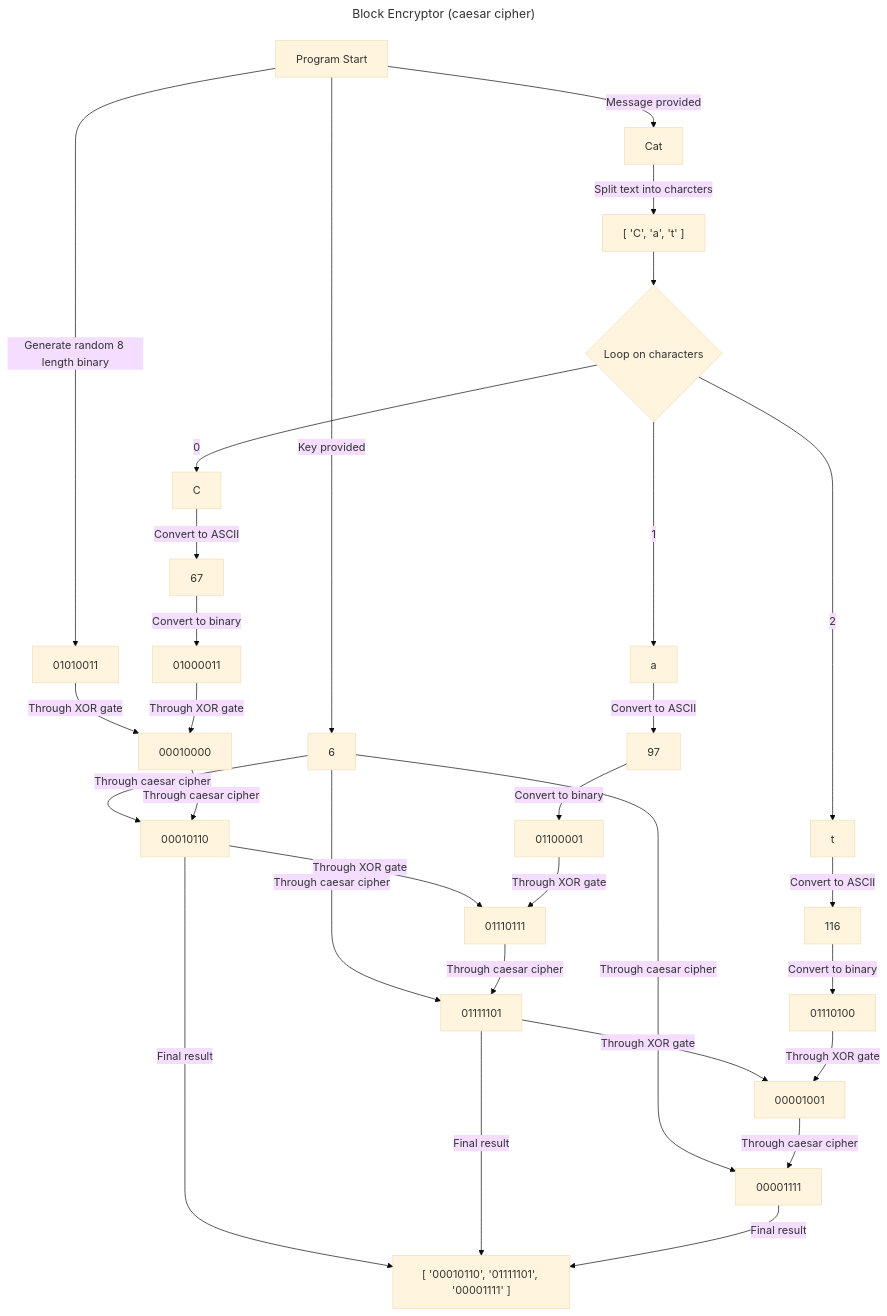
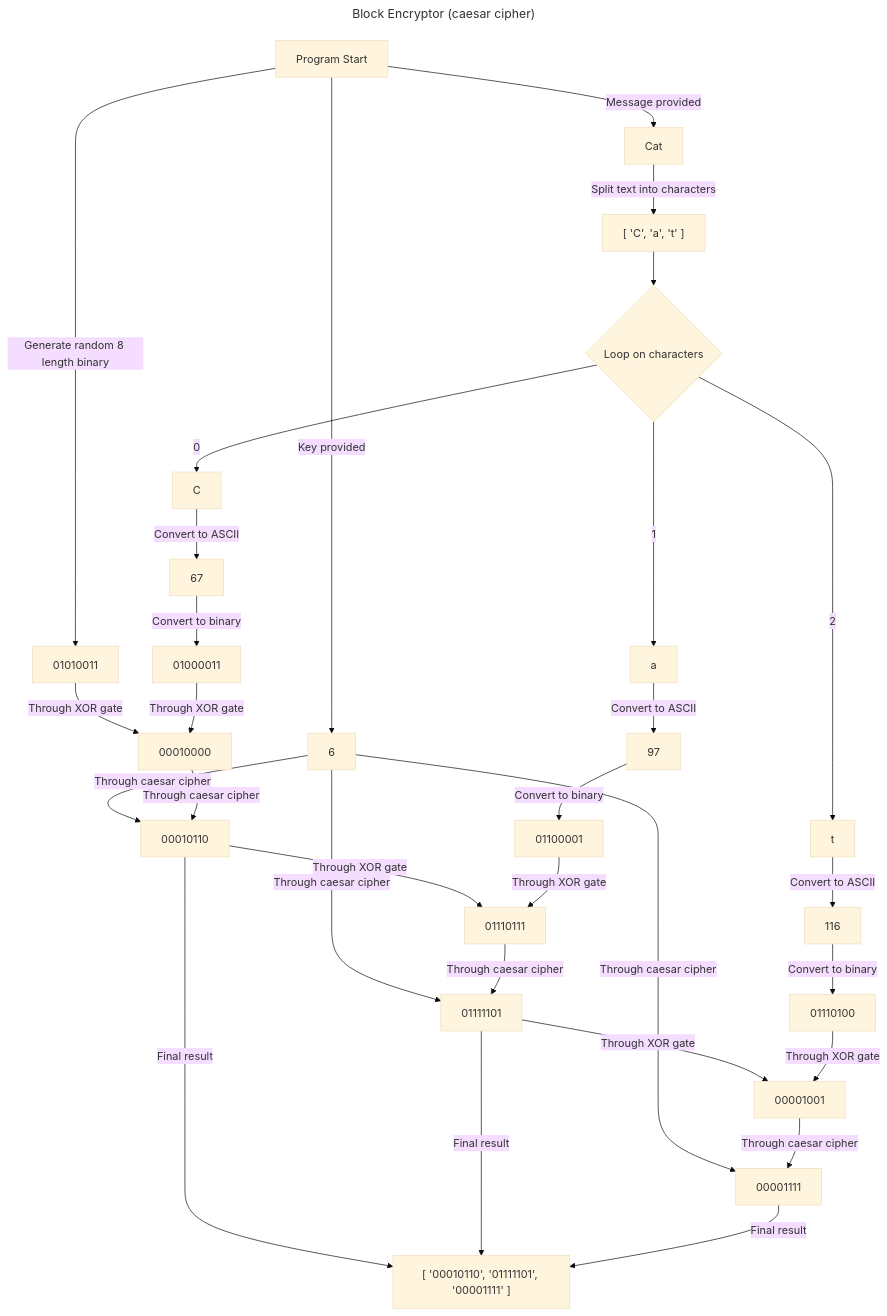
One commit to emmauscc/block-encryption-le-jolly-fellows changed the diagram in README.md. Above: the diagram before and after it, drawn with Mermaid (base theme).

Commit message:
Update spelling of characters to be correct

````diff
--- a/README.md
+++ b/README.md
@@ -18,40 +18,40 @@
 ```mermaid
 ---
 title: Block Encryptor (caesar cipher)
 ---
 flowchart TD;
     A[Program Start];
     A --> |Generate random 8 length binary| B;
     A --> |Message provided| C;
     A --> |Key provided| D;
 
     B[01010011] -->|Through XOR gate| P;
-    C[Cat] --> |Split text into charcters| E;
+    C[Cat] --> |Split text into characters| E;
     D[6] -->|Through caesar cipher| S;
     D -->|Through caesar cipher| T;
     D -->|Through caesar cipher| U;
     E["[ 'C', 'a', 't' ]"] --> F{Loop on characters};
     
     F -->|0| G[C];
     G -->|Convert to ASCII| J[67];
     J -->|Convert to binary| M[01000011];
     M -->|Through XOR gate| P[00010000];
     P -->|Through caesar cipher| S[00010110] -->|Through XOR gate| Q;
     
     F -->|1| H[a];
     H -->|Convert to ASCII| K[97];
     K -->|Convert to binary| N[01100001];
     N -->|Through XOR gate| Q[01110111];
     Q -->|Through caesar cipher| T[01111101] -->|Through XOR gate| R;
     
     F -->|2| I[t];
     I -->|Convert to ASCII| L[116];
     L -->|Convert to binary| O[01110100];
     O -->|Through XOR gate| R[00001001];
     R -->|Through caesar cipher| U[00001111];
 
     V["[ '00010110', '01111101', '00001111' ]"];
     S -->|Final result| V;
     T -->|Final result| V;
     U -->|Final result| V;
 ```
````
